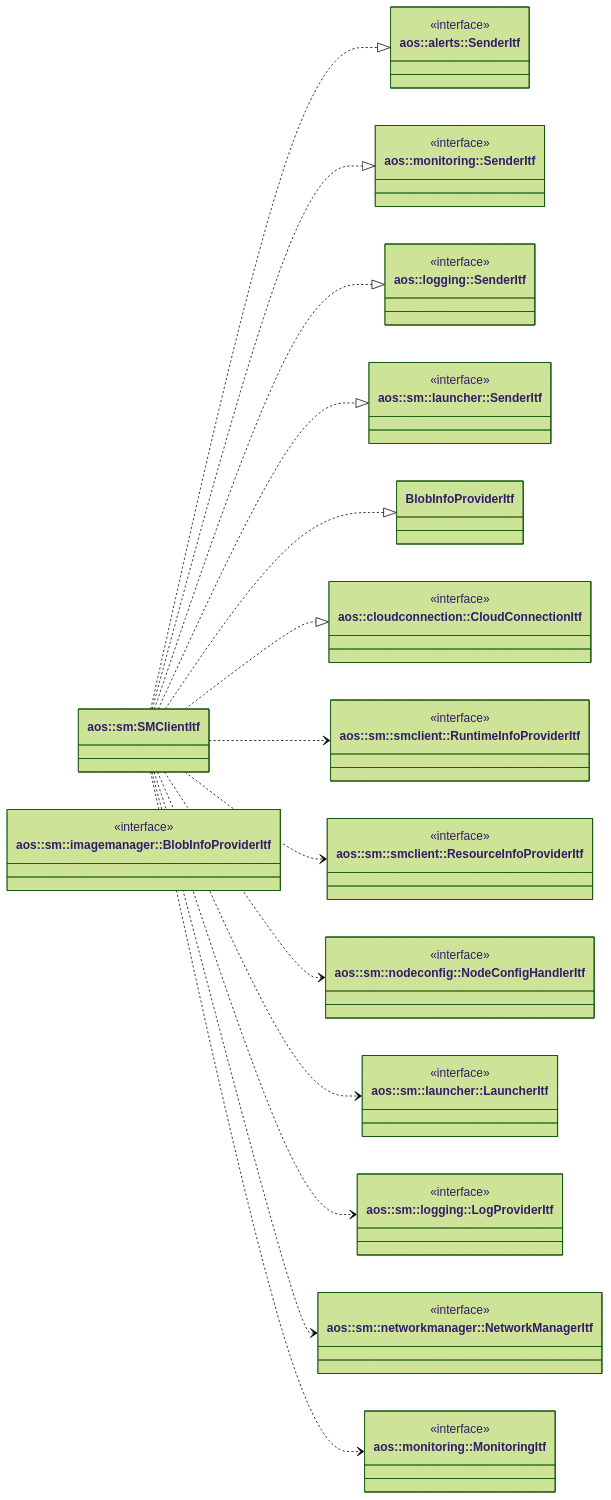
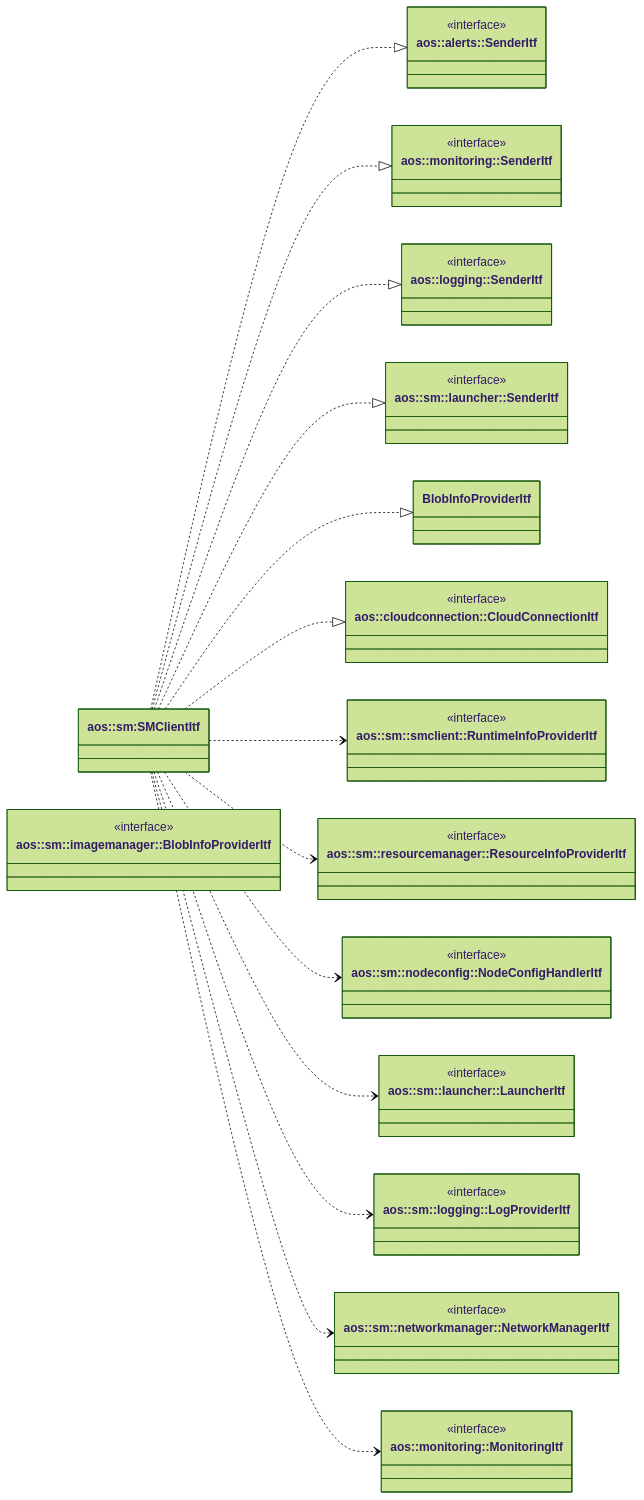
Before and after one commit to aosedge/aos_core_lib_cpp: the diagram in src/core/sm/smclient/smclient.md, drawn with Mermaid (forest theme). The commit also changed other lines of this file and 4 other files, not shown here.

````diff
--- a/src/core/sm/smclient/smclient.md
+++ b/src/core/sm/smclient/smclient.md
@@ -25,74 +26,74 @@
 ```mermaid
 classDiagram
     direction LR
 
     class SMClientItf ["aos::sm:SMClientItf"] {
     }
 
     class AlertsSenderItf ["aos::alerts::SenderItf"] {
         <<interface>>
     }
 
     class MonitoringSenderItf ["aos::monitoring::SenderItf"] {
         <<interface>>
     }
 
     class LoggingSenderItf ["aos::logging::SenderItf"] {
         <<interface>>
     }
 
     class LauncherSenderItf ["aos::sm::launcher::SenderItf"] {
         <<interface>>
     }
 
     class BlobInfoProviderI ["aos::sm::imagemanager::BlobInfoProviderItf"] {
         <<interface>>
     }
 
     class CloudConnectionItf ["aos::cloudconnection::CloudConnectionItf"] {
         <<interface>>
     }
 
     class RuntimeInfoProviderItf ["aos::sm::smclient::RuntimeInfoProviderItf"] {
         <<interface>>
     }
 
-    class ResourceInfoProviderItf ["aos::sm::smclient::ResourceInfoProviderItf"] {
+    class ResourceInfoProviderItf ["aos::sm::resourcemanager::ResourceInfoProviderItf"] {
         <<interface>>
     }
 
     class NodeConfigHandlerItf ["aos::sm::nodeconfig::NodeConfigHandlerItf"] {
         <<interface>>
     }
 
     class LauncherItf ["aos::sm::launcher::LauncherItf"] {
         <<interface>>
     }
 
     class LogProviderItf ["aos::sm::logging::LogProviderItf"] {
         <<interface>>
     }
 
     class NetworkManagerItf ["aos::sm::networkmanager::NetworkManagerItf"] {
         <<interface>>
     }
 
     class MonitoringItf ["aos::monitoring::MonitoringItf"] {
         <<interface>>
     }
 
     SMClientItf ..|> AlertsSenderItf
     SMClientItf ..|> MonitoringSenderItf
     SMClientItf ..|> LoggingSenderItf
     SMClientItf ..|> LauncherSenderItf
     SMClientItf ..|> BlobInfoProviderItf
     SMClientItf ..|> CloudConnectionItf
 
     SMClientItf ..> RuntimeInfoProviderItf
     SMClientItf ..> ResourceInfoProviderItf
     SMClientItf ..> NodeConfigHandlerItf
     SMClientItf ..> LauncherItf
     SMClientItf ..> LogProviderItf
     SMClientItf ..> NetworkManagerItf
     SMClientItf ..> MonitoringItf
 ```
````
